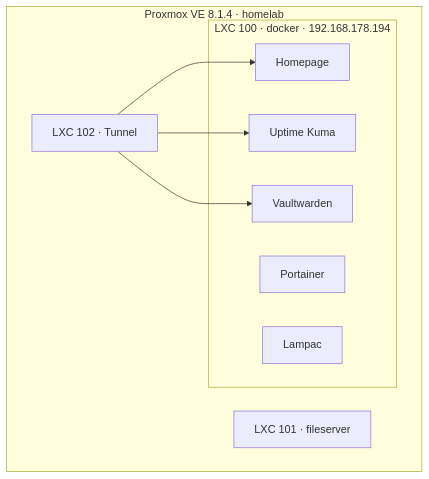
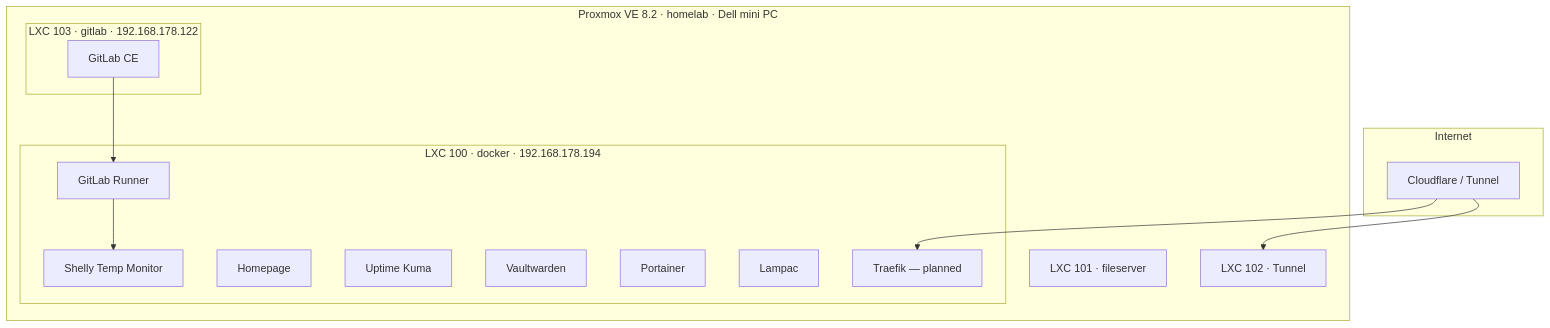
One commit to k4bnv/homelab changed the diagram in README.md. Above: the diagram before and after it, drawn with Mermaid. The commit also changed other lines of this file and 2 other files, not shown here.

Commit message:
Update homelab docs: GitLab, CI/CD, all services, Traefik roadmap

````diff
--- a/README.md
+++ b/README.md
@@ -7,18 +10,29 @@
 ```mermaid
 graph TB
-    subgraph Proxmox["Proxmox VE 8.1.4 · homelab"]
+    subgraph Internet
+        CF[Cloudflare / Tunnel]
+    end
+
+    subgraph Proxmox["Proxmox VE 8.2 · homelab · Dell mini PC"]
         subgraph CT100["LXC 100 · docker · 192.168.178.194"]
+            TRAEFIK[Traefik — planned]
             HOMEPAGE[Homepage]
             UPTIME[Uptime Kuma]
             VAULT[Vaultwarden]
             PORTAINER[Portainer]
             LAMPAC[Lampac]
+            SHELLY[Shelly Temp Monitor]
+            RUNNER[GitLab Runner]
         end
         CT101["LXC 101 · fileserver"]
         CT102["LXC 102 · Tunnel"]
+        subgraph CT103["LXC 103 · gitlab · 192.168.178.122"]
+            GITLAB[GitLab CE]
+        end
     end
 
-    CT102 --> HOMEPAGE
-    CT102 --> UPTIME
-    CT102 --> VAULT
+    CF --> CT102
+    CF --> TRAEFIK
+    GITLAB --> RUNNER
+    RUNNER --> SHELLY
 ```
````
